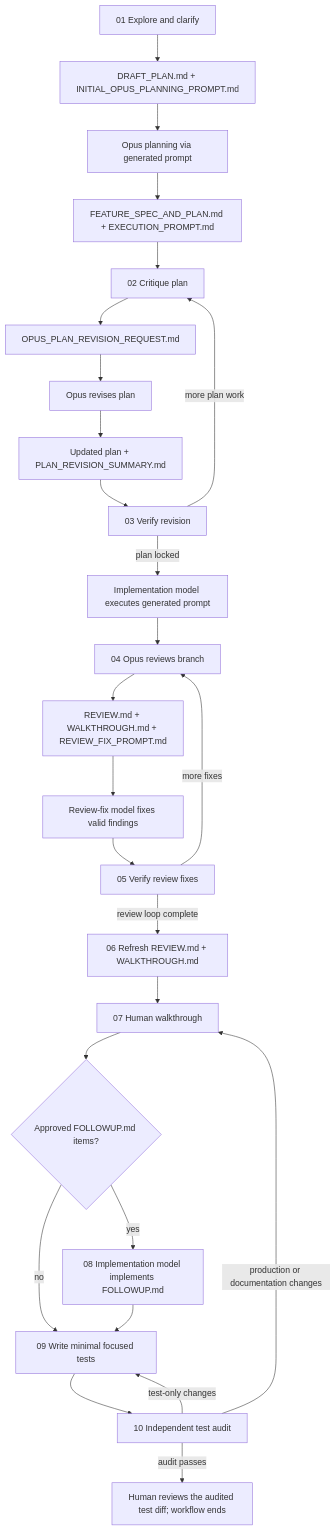
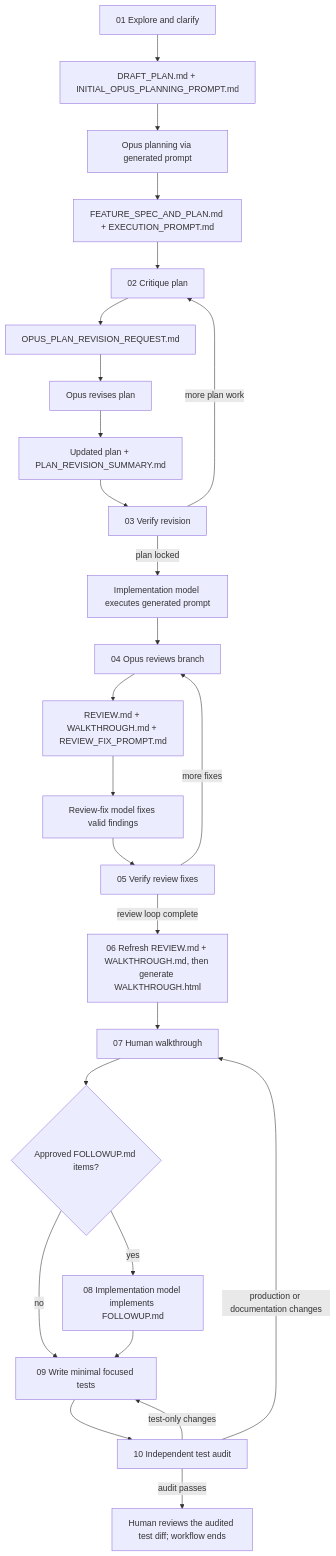
One commit to viseshrp/ai-coding-workflow changed the diagram in README.md. Above: the diagram before and after it, drawn with Mermaid. The commit also changed other lines of this file and 13 other files, not shown here.

First line of the commit message:
Strengthen review evidence and walkthrough explanations

````diff
--- a/README.md
+++ b/README.md
@@ -9,28 +9,28 @@
 ```mermaid
 flowchart TD
     A["01 Explore and clarify"] --> B["DRAFT_PLAN.md + INITIAL_OPUS_PLANNING_PROMPT.md"]
     B --> C["Opus planning via generated prompt"]
     C --> D["FEATURE_SPEC_AND_PLAN.md + EXECUTION_PROMPT.md"]
     D --> E["02 Critique plan"]
     E --> F["OPUS_PLAN_REVISION_REQUEST.md"]
     F --> G["Opus revises plan"]
     G --> H["Updated plan + PLAN_REVISION_SUMMARY.md"]
     H --> I["03 Verify revision"]
     I -- "more plan work" --> E
     I -- "plan locked" --> J["Implementation model executes generated prompt"]
     J --> K["04 Opus reviews branch"]
     K --> L["REVIEW.md + WALKTHROUGH.md + REVIEW_FIX_PROMPT.md"]
     L --> M["Review-fix model fixes valid findings"]
     M --> N["05 Verify review fixes"]
     N -- "more fixes" --> K
-    N -- "review loop complete" --> O["06 Refresh REVIEW.md + WALKTHROUGH.md"]
+    N -- "review loop complete" --> O["06 Refresh REVIEW.md + WALKTHROUGH.md, then generate WALKTHROUGH.html"]
     O --> P["07 Human walkthrough"]
     P --> Q{"Approved FOLLOWUP.md items?"}
     Q -- "yes" --> R["08 Implementation model implements FOLLOWUP.md"]
     Q -- "no" --> S["09 Write minimal focused tests"]
     R --> S
     S --> T["10 Independent test audit"]
     T -- "test-only changes" --> S
     T -- "production or documentation changes" --> P
     T -- "audit passes" --> U["Human reviews the audited test diff; workflow ends"]
 ```
````
